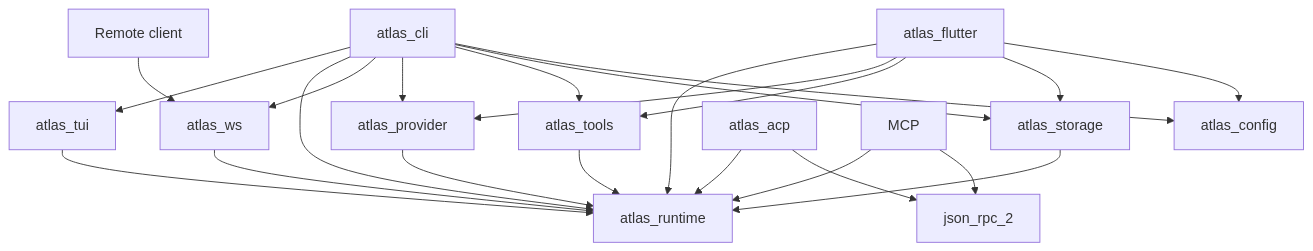
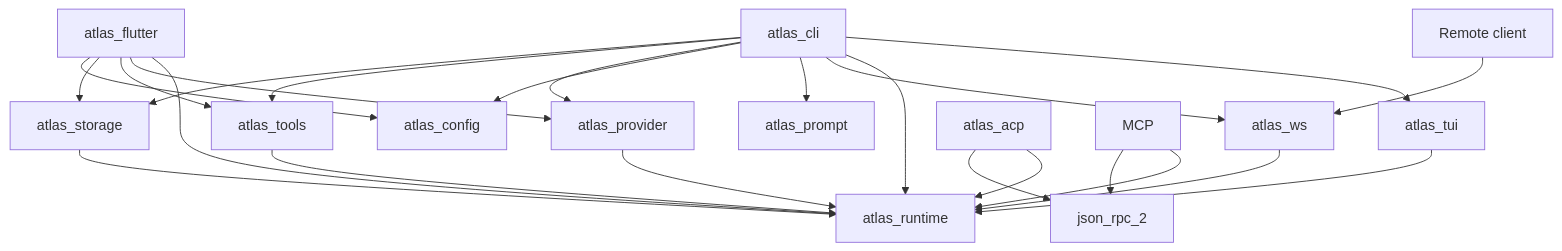
One commit to gvenusleo/Atlas changed the diagram in docs/architecture.md. Above: the diagram before and after it, drawn with Mermaid. The commit also changed other lines of this file and 4 other files, not shown here.

Commit message:
docs: update architecture and package boundaries

````diff
--- a/docs/architecture.md
+++ b/docs/architecture.md
@@ -15,25 +17,26 @@
 ```mermaid
 graph TD
     CLI[atlas_cli] --> TUI[atlas_tui]
     CLI --> RT[atlas_runtime]
     CLI --> WS[atlas_ws]
+    CLI --> PROMPT[atlas_prompt]
+    CLI --> CONFIG[atlas_config]
     CLI --> PROVIDER[atlas_provider]
     CLI --> TOOLS[atlas_tools]
     CLI --> STORAGE[atlas_storage]
-    CLI --> CONFIG[atlas_config]
     FL[atlas_flutter] --> RT
     FL --> PROVIDER
     FL --> TOOLS
     FL --> STORAGE
     FL --> CONFIG
     TUI --> RT
     REMOTE[Remote client] --> WS
     WS --> RT
     ACP[atlas_acp] --> RT[atlas_runtime]
     MCP --> RT
     PROVIDER --> RT
     TOOLS --> RT
     STORAGE --> RT
     ACP --> JRPC[json_rpc_2]
     MCP --> JRPC
 ```
````
